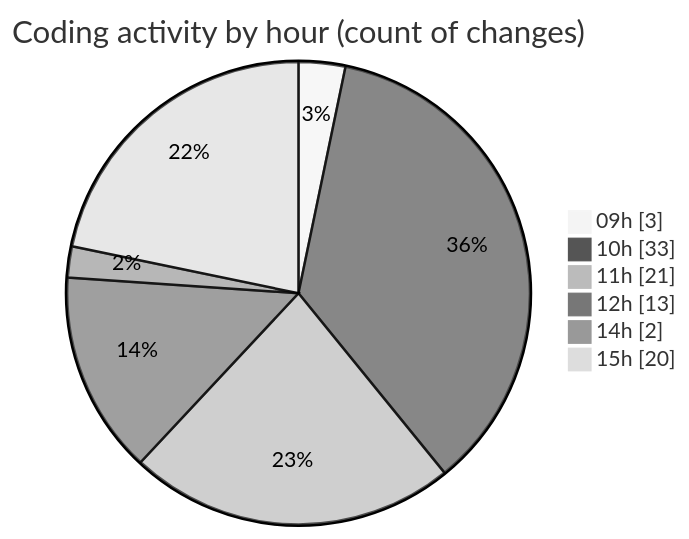
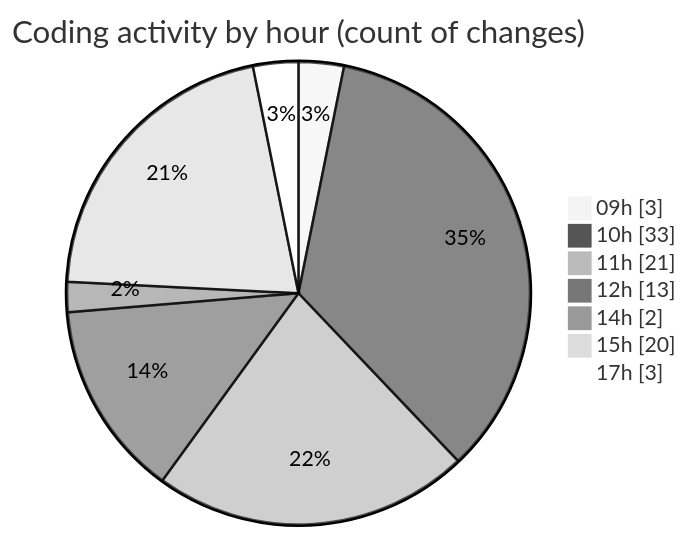
The second of 2 diagrams in 2025-10-31/cda/README.md (momahboobian/code-tracking), drawn with Mermaid (neutral theme) before and after one commit. The commit also changed other lines of this file and 1 other file, not shown here.

````diff
--- a/2025-10-31/cda/README.md
+++ b/2025-10-31/cda/README.md
@@ -42,10 +42,11 @@
 ```mermaid
 pie showData
 title Coding activity by hour (count of changes)
 "09h" : 3
 "10h" : 33
 "11h" : 21
 "12h" : 13
 "14h" : 2
 "15h" : 20
+"17h" : 3
 ```
````
